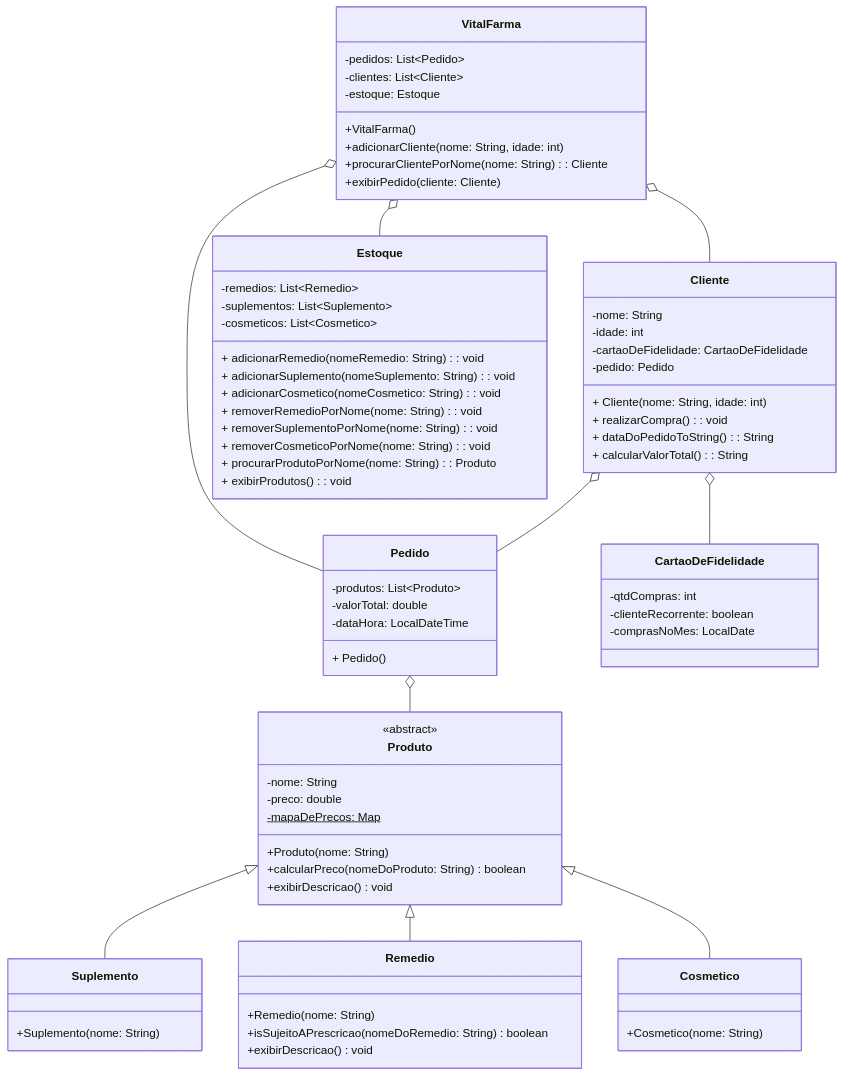
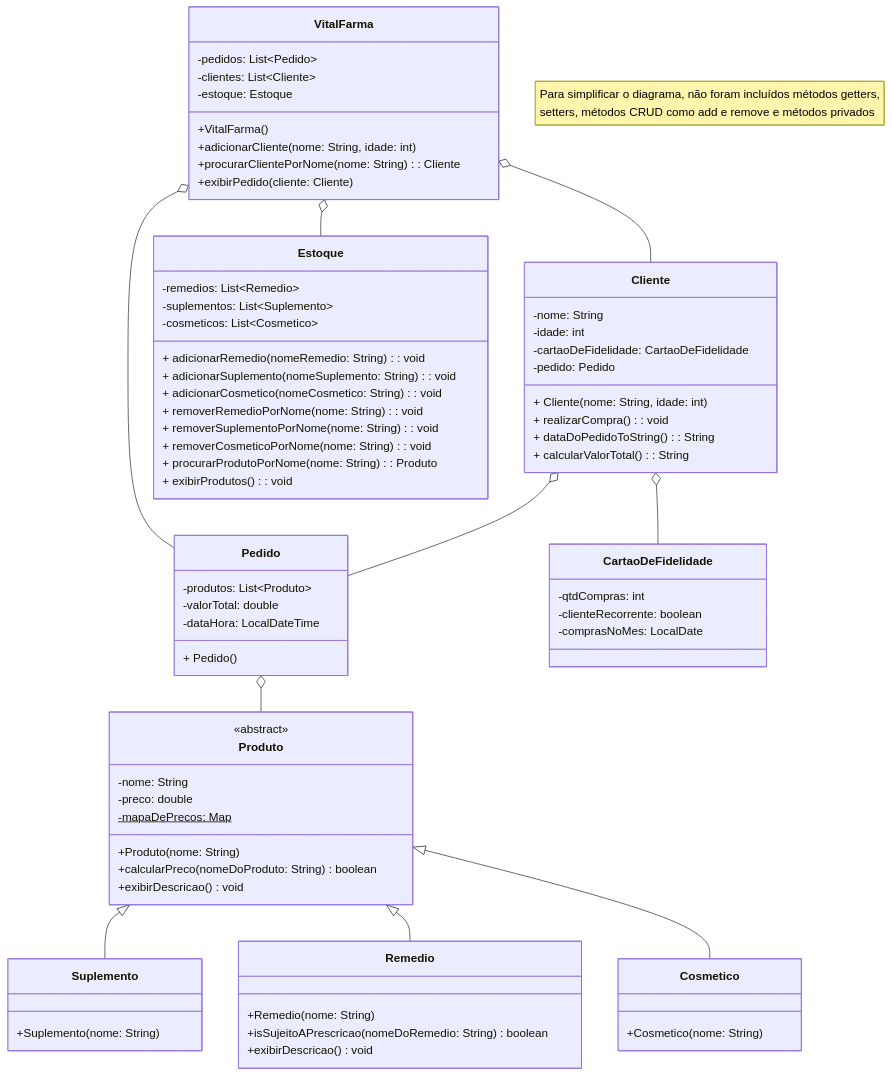
Before and after one commit to andrehsvictor/vitalfarma: the diagram in README.md, drawn with Mermaid.

```diff
--- a/README.md
+++ b/README.md
@@ -22,6 +22,8 @@
 title:
 ---
 classDiagram
+    note "Para simplificar o diagrama, não foram incluídos métodos getters,
+    setters, métodos CRUD como add e remove e métodos privados"
     class Produto {
         <<abstract>>
         -nome: String
```
